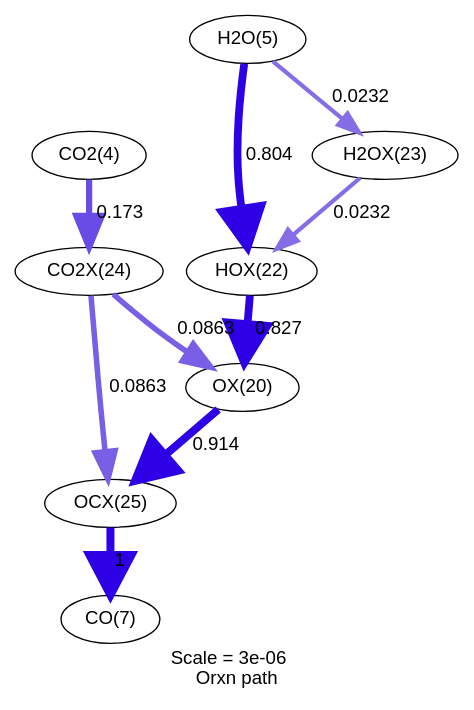
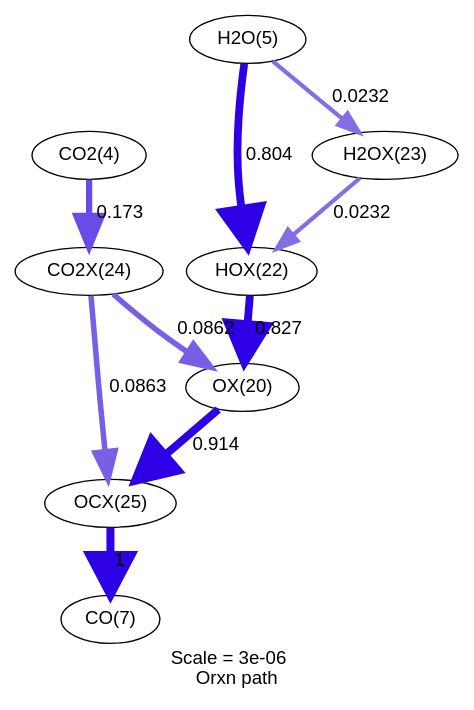
One commit to comocheng/cpox changed the diagram in rh/rxnpath/rxnpath-1.4-surf-19.99mm-O.dot. Above: the diagram before and after it, drawn with Graphviz. The commit also changed 501 other files, not shown here.

```diff
--- a/rh/rxnpath/rxnpath-1.4-surf-19.99mm-O.dot
+++ b/rh/rxnpath/rxnpath-1.4-surf-19.99mm-O.dot
@@ -1,31 +1,31 @@
 digraph reaction_paths {
 center=1;
-s26 -> s24[fontname="Helvetica", penwidth=5.86, arrowsize=2.93, color="0.7, 1.33, 0.9"
+s31 -> s29[fontname="Helvetica", penwidth=5.86, arrowsize=2.93, color="0.7, 1.33, 0.9"
 , label=" 0.827"];
-s24 -> s29[fontname="Helvetica", penwidth=5.93, arrowsize=2.97, color="0.7, 1.41, 0.9"
+s29 -> s34[fontname="Helvetica", penwidth=5.93, arrowsize=2.97, color="0.7, 1.41, 0.9"
 , label=" 0.914"];
-s28 -> s24[fontname="Helvetica", penwidth=4.15, arrowsize=2.08, color="0.7, 0.586, 0.9"
+s33 -> s29[fontname="Helvetica", penwidth=4.15, arrowsize=2.07, color="0.7, 0.586, 0.9"
+, label=" 0.0862"];
+s6 -> s31[fontname="Helvetica", penwidth=5.84, arrowsize=2.92, color="0.7, 1.3, 0.9"
+, label=" 0.804"];
+s32 -> s31[fontname="Helvetica", penwidth=3.16, arrowsize=1.58, color="0.7, 0.523, 0.9"
+, label=" 0.0232"];
+s6 -> s32[fontname="Helvetica", penwidth=3.16, arrowsize=1.58, color="0.7, 0.523, 0.9"
+, label=" 0.0232"];
+s34 -> s8[fontname="Helvetica", penwidth=6, arrowsize=3, color="0.7, 1.5, 0.9"
+, label=" 1"];
+s33 -> s34[fontname="Helvetica", penwidth=4.15, arrowsize=2.08, color="0.7, 0.586, 0.9"
 , label=" 0.0863"];
-s6 -> s26[fontname="Helvetica", penwidth=5.84, arrowsize=2.92, color="0.7, 1.3, 0.9"
-, label=" 0.804"];
-s27 -> s26[fontname="Helvetica", penwidth=3.16, arrowsize=1.58, color="0.7, 0.523, 0.9"
-, label=" 0.0232"];
-s6 -> s27[fontname="Helvetica", penwidth=3.16, arrowsize=1.58, color="0.7, 0.523, 0.9"
-, label=" 0.0232"];
-s29 -> s8[fontname="Helvetica", penwidth=6, arrowsize=3, color="0.7, 1.5, 0.9"
-, label=" 1"];
-s28 -> s29[fontname="Helvetica", penwidth=4.15, arrowsize=2.08, color="0.7, 0.586, 0.9"
-, label=" 0.0863"];
-s5 -> s28[fontname="Helvetica", penwidth=4.67, arrowsize=2.34, color="0.7, 0.673, 0.9"
+s5 -> s33[fontname="Helvetica", penwidth=4.67, arrowsize=2.34, color="0.7, 0.673, 0.9"
 , label=" 0.173"];
 s5 [ fontname="Helvetica", label="CO2(4)"];
 s6 [ fontname="Helvetica", label="H2O(5)"];
 s8 [ fontname="Helvetica", label="CO(7)"];
-s24 [ fontname="Helvetica", label="OX(20)"];
-s26 [ fontname="Helvetica", label="HOX(22)"];
-s27 [ fontname="Helvetica", label="H2OX(23)"];
-s28 [ fontname="Helvetica", label="CO2X(24)"];
-s29 [ fontname="Helvetica", label="OCX(25)"];
+s29 [ fontname="Helvetica", label="OX(20)"];
+s31 [ fontname="Helvetica", label="HOX(22)"];
+s32 [ fontname="Helvetica", label="H2OX(23)"];
+s33 [ fontname="Helvetica", label="CO2X(24)"];
+s34 [ fontname="Helvetica", label="OCX(25)"];
  label = "Scale = 3e-06\l Orxn path";
  fontname = "Helvetica";
 }
```
